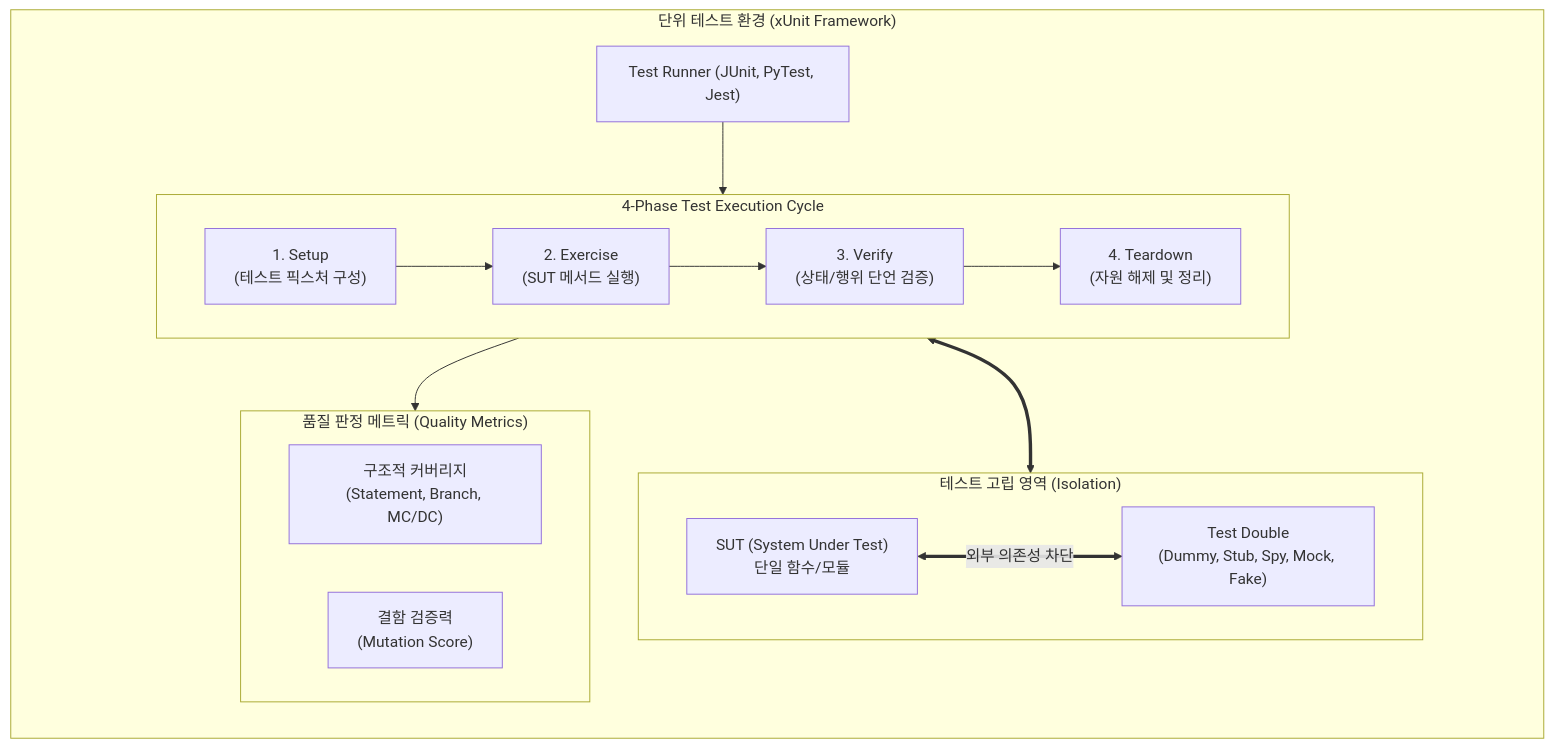
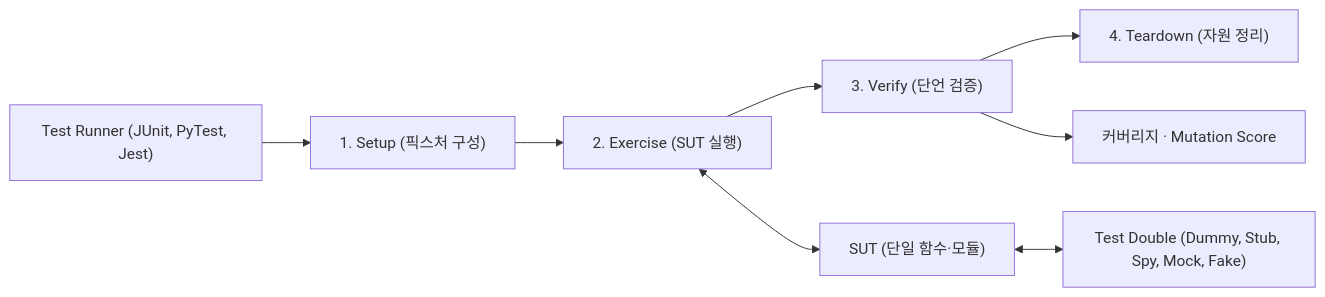
Before and after one commit to supremethumb/supremethumb.github.io: the diagram in content/01_IT Tech/단위 테스트.md, drawn with Mermaid. The commit also changed other lines of this file and 1087 other files, not shown here.

````diff
--- a/content/01_IT Tech/단위 테스트.md
+++ b/content/01_IT Tech/단위 테스트.md
@@ -21,31 +35,10 @@
 ```mermaid
-flowchart TB
-    subgraph TestEnv["단위 테스트 환경 (xUnit Framework)"]
-        direction TB
-        Runner["Test Runner (JUnit, PyTest, Jest)"]
-        
-        subgraph Phase["4-Phase Test Execution Cycle"]
-            direction LR
-            P1["1. Setup<br/>(테스트 픽스처 구성)"] --> P2["2. Exercise<br/>(SUT 메서드 실행)"]
-            P2 --> P3["3. Verify<br/>(상태/행위 단언 검증)"]
-            P3 --> P4["4. Teardown<br/>(자원 해제 및 정리)"]
-        end
-        
-        subgraph SUT_Scope["테스트 고립 영역 (Isolation)"]
-            direction LR
-            SUT["SUT (System Under Test)<br/>단일 함수/모듈"]
-            TD["Test Double<br/>(Dummy, Stub, Spy, Mock, Fake)"]
-            SUT <== "외부 의존성 차단" ==> TD
-        end
-        
-        subgraph Metric["품질 판정 메트릭 (Quality Metrics)"]
-            direction LR
-            M1["구조적 커버리지<br/>(Statement, Branch, MC/DC)"]
-            M2["결함 검증력<br/>(Mutation Score)"]
-        end
-    end
-
-    Runner --> Phase
-    P2 <==> SUT_Scope
-    P3 --> Metric
+flowchart LR
+    R["Test Runner (JUnit, PyTest, Jest)"] --> P1["1. Setup (픽스처 구성)"]
+    P1 --> P2["2. Exercise (SUT 실행)"]
+    P2 --> P3["3. Verify (단언 검증)"]
+    P3 --> P4["4. Teardown (자원 정리)"]
+    P2 <--> SUT["SUT (단일 함수·모듈)"]
+    SUT <--> TD["Test Double (Dummy, Stub, Spy, Mock, Fake)"]
+    P3 --> M["커버리지 · Mutation Score"]
 ```
````
